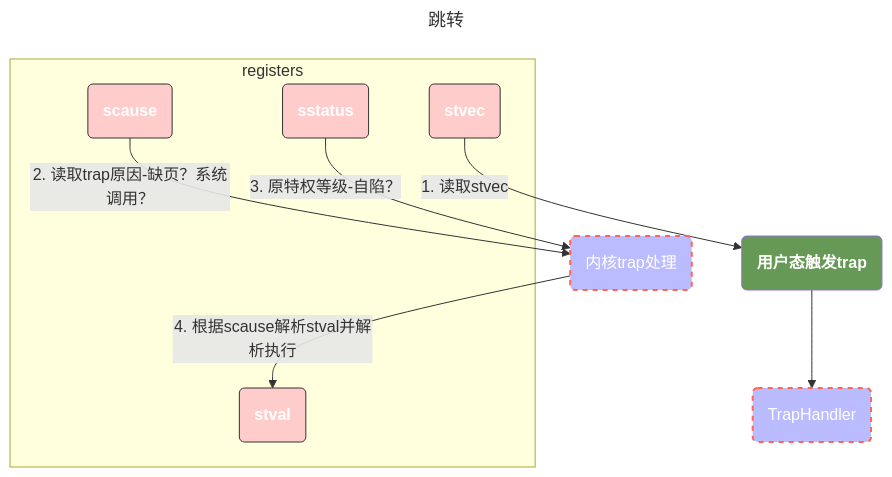
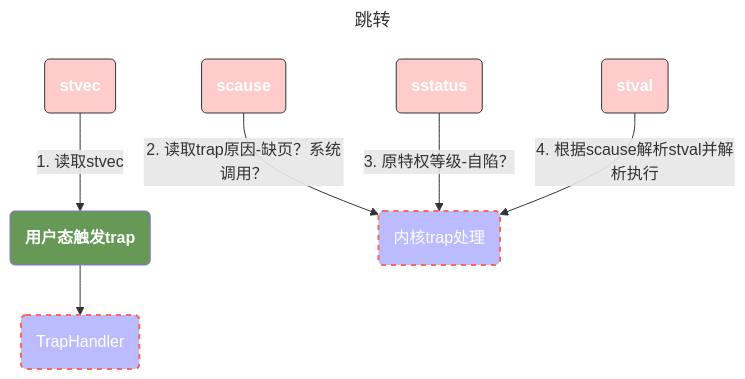
One commit to 0x822a5b87/0x822a5b87.github.io changed the fourth of 4 diagrams in source/_posts/uCore：一个基于Rust的简单操作系统实现（2）.md. Above: the diagram before and after it, drawn with Mermaid. The commit also changed other lines of this file, not shown here.

````diff
--- a/source/_posts/uCore：一个基于Rust的简单操作系统实现（2）.md
+++ b/source/_posts/uCore：一个基于Rust的简单操作系统实现（2）.md
@@ -252,32 +487,33 @@
 ```mermaid
 ---
 title: 跳转
 ---
+
 flowchart TB
 
-    subgraph registers
-        stvec("stvec"):::pink
-        scause("scause"):::pink
-        sstatus("sstatus"):::pink
-        stval("stval"):::pink
-    end
+
+    stvec("stvec"):::pink
+    scause("scause"):::pink
+    sstatus("sstatus"):::pink
+    stval("stval"):::pink
 
 
 
     用户态触发trap("用户态触发trap"):::green
     内核trap处理("内核trap处理"):::error
 
     stvec -->|1. 读取stvec| 用户态触发trap --> TrapHandler("TrapHandler"):::error
 
     scause -->|2. 读取trap原因-缺页？系统调用？| 内核trap处理
     sstatus -->|3. 原特权等级-自陷？| 内核trap处理
 
-    内核trap处理 -->|4. 根据scause解析stval并解析执行| stval
+    stval -->|4. 根据scause解析stval并解析执行| 内核trap处理
 
-classDef pink 0,fill:#FFCCCC,stroke:#333, color: #fff, font-weight:bold;
+classDef pink 0, fill:#FFCCCC,stroke:#333, color: #fff, font-weight:bold;
 classDef green fill: #695,color: #fff,font-weight: bold;
 classDef purple fill:#968,stroke:#333, font-weight: bold;
 classDef error fill:#bbf,stroke:#f65,stroke-width:2px,color:#fff,stroke-dasharray: 5 5
 classDef coral fill:#f8f,stroke:#333,stroke-width:4px;
 classDef animate stroke-dasharray: 8,5,stroke-dashoffset: 900,animation: dash 25s linear infinite;
+
 ```
````
